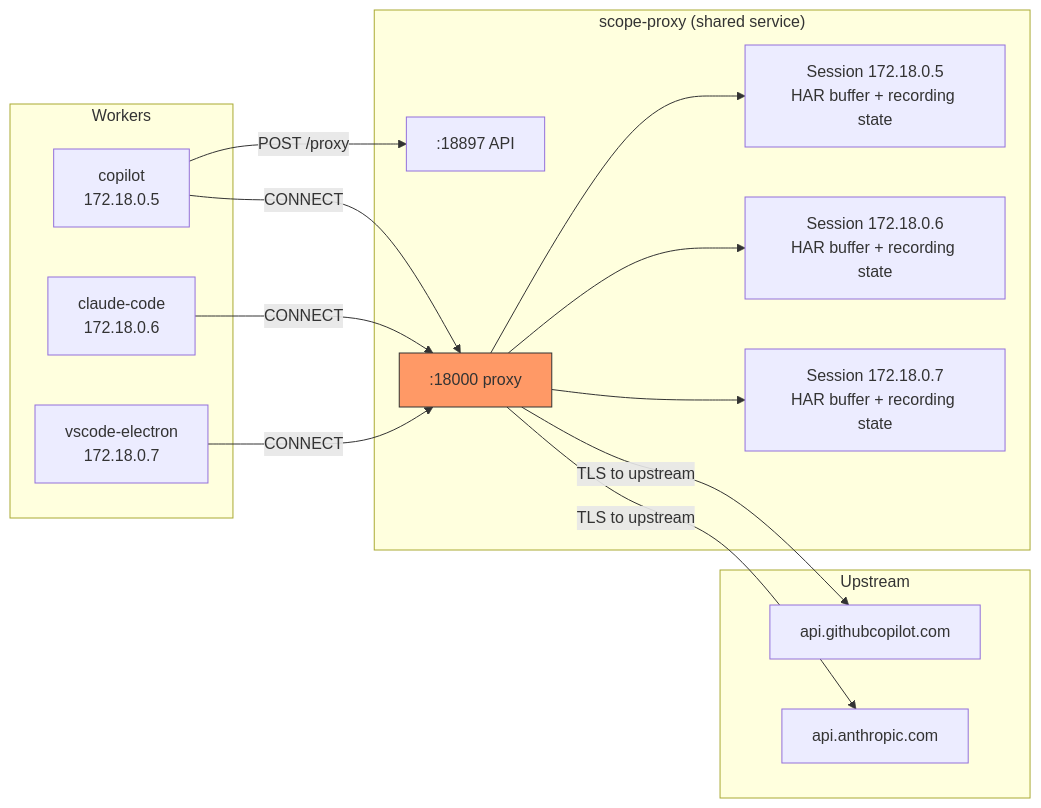
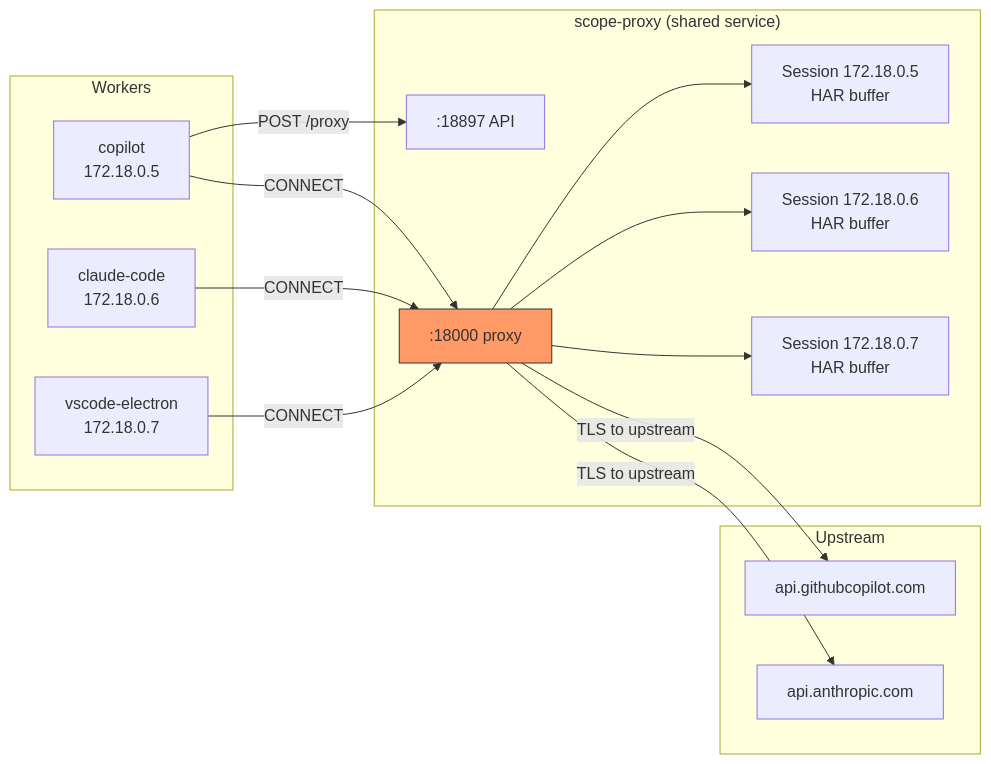
The first of 4 diagrams in docs/design/rust-tls-proxy.md (Gile987/scope), drawn with Mermaid before and after one commit. The commit also changed other lines of this file, not shown here.

Commit message:
docs: decouple recording from proxy — sessions are the proxy concept, recording is HAR plugin internal

````diff
--- a/docs/design/rust-tls-proxy.md
+++ b/docs/design/rust-tls-proxy.md
@@ -44,31 +44,31 @@
 ```mermaid
 graph LR
     subgraph Workers
         W1[copilot<br/>172.18.0.5]
         W2[claude-code<br/>172.18.0.6]
         W3[vscode-electron<br/>172.18.0.7]
     end
 
     subgraph "scope-proxy (shared service)"
         API[:18897 API]
         PX[:18000 proxy]
-        S1[Session 172.18.0.5<br/>HAR buffer + recording state]
-        S2[Session 172.18.0.6<br/>HAR buffer + recording state]
-        S3[Session 172.18.0.7<br/>HAR buffer + recording state]
+        S1[Session 172.18.0.5<br/>HAR buffer]
+        S2[Session 172.18.0.6<br/>HAR buffer]
+        S3[Session 172.18.0.7<br/>HAR buffer]
     end
 
     subgraph Upstream
         GH[api.githubcopilot.com]
         AN[api.anthropic.com]
     end
 
     W1 -->|CONNECT| PX
     W2 -->|CONNECT| PX
     W3 -->|CONNECT| PX
     W1 -->|POST /proxy| API
     PX --> S1 & S2 & S3
     PX -->|TLS to upstream| GH
     PX -->|TLS to upstream| AN
 
     style PX fill:#f96,stroke:#333
 ```
````
